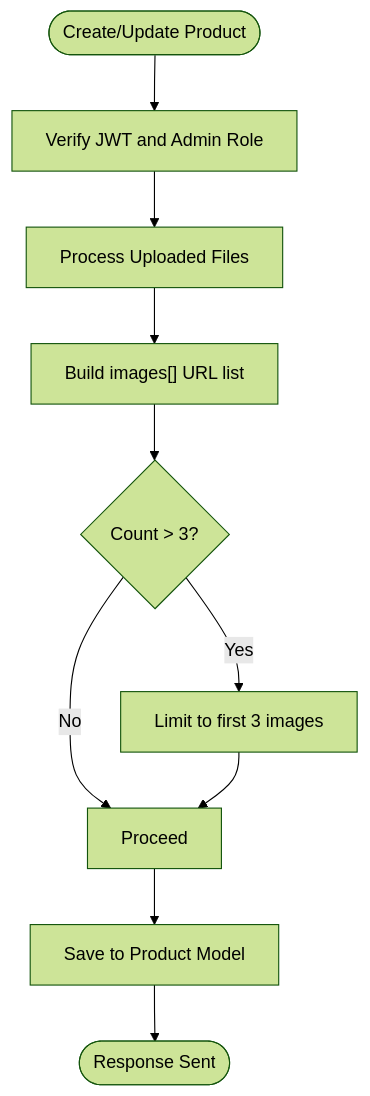
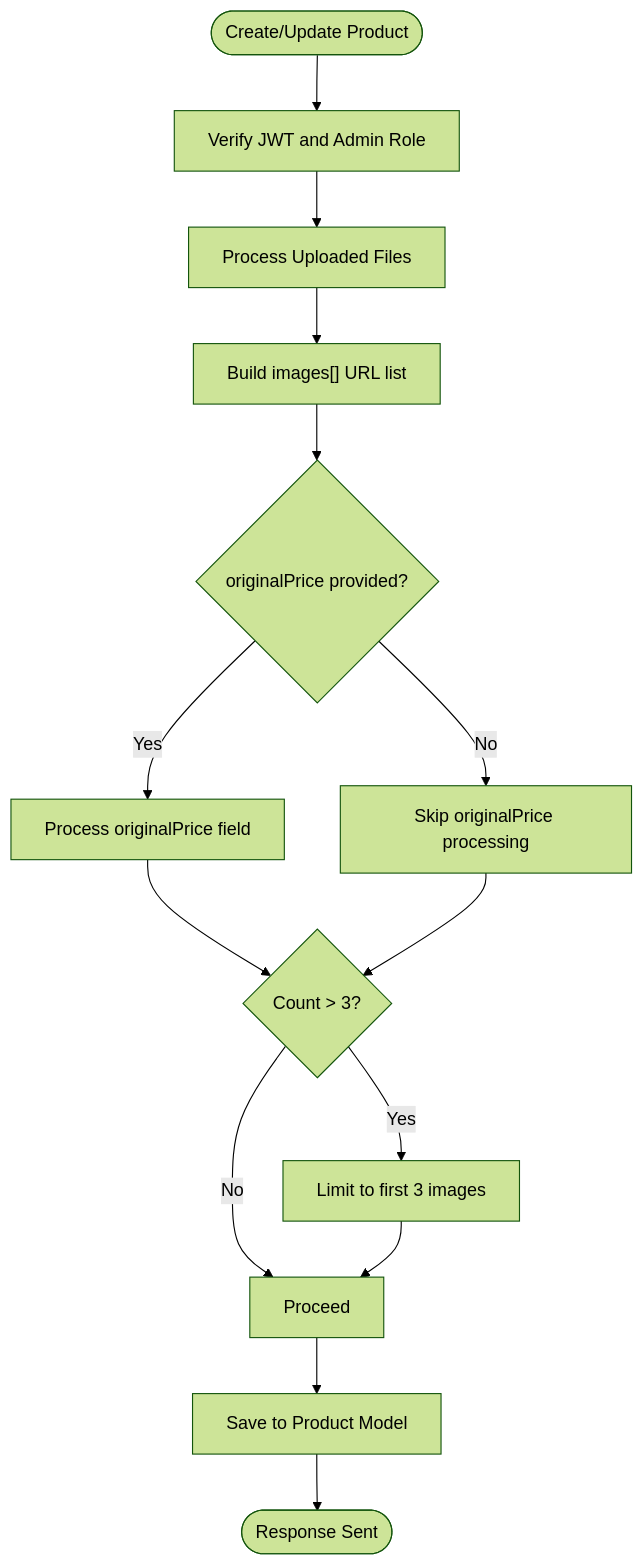
The fourth of 9 diagrams in .qoder/repowiki/en/content/Database Schemas & Models/Product Model.md (Pavan-PSPK9032/TrendsandToss), drawn with Mermaid (forest theme) before and after one commit. The commit also changed other lines of this file and 24 other files, not shown here.

````diff
--- a/.qoder/repowiki/en/content/Database Schemas & Models/Product Model.md
+++ b/.qoder/repowiki/en/content/Database Schemas & Models/Product Model.md
@@ -215,12 +239,16 @@
 ```mermaid
 flowchart TD
 Start(["Create/Update Product"]) --> CheckAuth["Verify JWT and Admin Role"]
 CheckAuth --> Upload["Process Uploaded Files"]
 Upload --> BuildImages["Build images[] URL list"]
-BuildImages --> MaxImages{"Count > 3?"}
+BuildImages --> CheckOriginalPrice{"originalPrice provided?"}
+CheckOriginalPrice --> |Yes| ProcessOriginalPrice["Process originalPrice field"]
+CheckOriginalPrice --> |No| SkipOriginalPrice["Skip originalPrice processing"]
+ProcessOriginalPrice --> MaxImages{"Count > 3?"}
+SkipOriginalPrice --> MaxImages
 MaxImages --> |Yes| Slice["Limit to first 3 images"]
 MaxImages --> |No| Continue["Proceed"]
 Slice --> Continue
 Continue --> Persist["Save to Product Model"]
 Persist --> Done(["Response Sent"])
 ```
````
